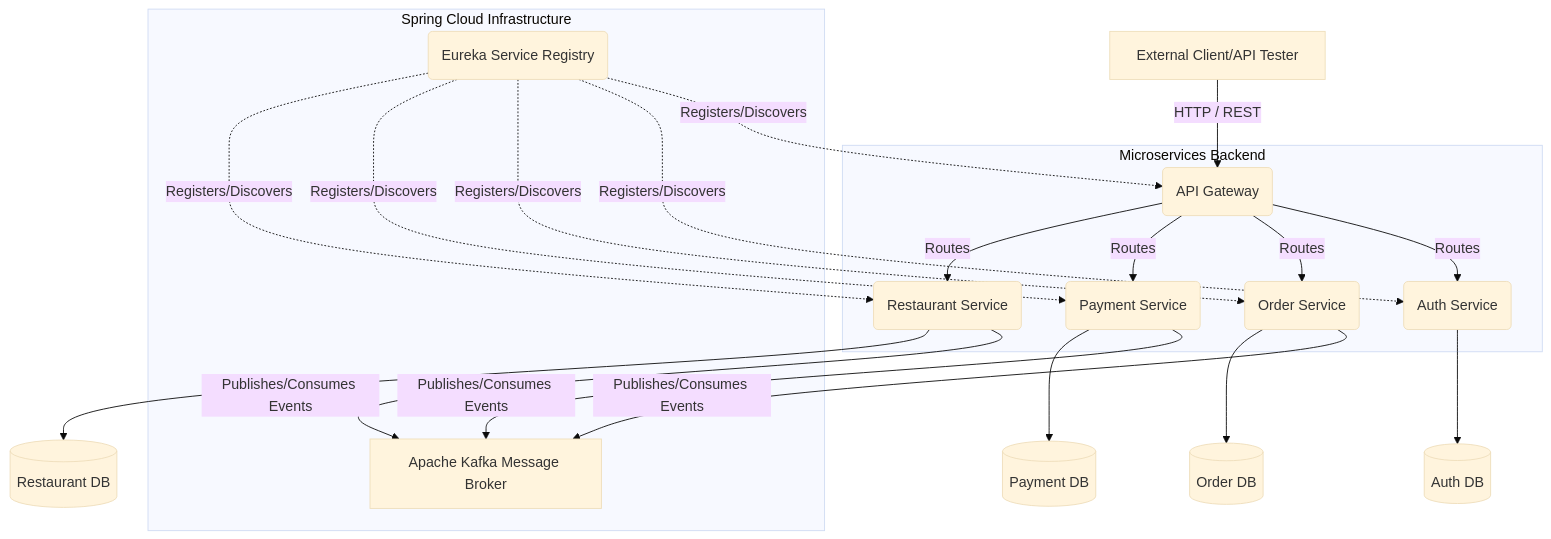
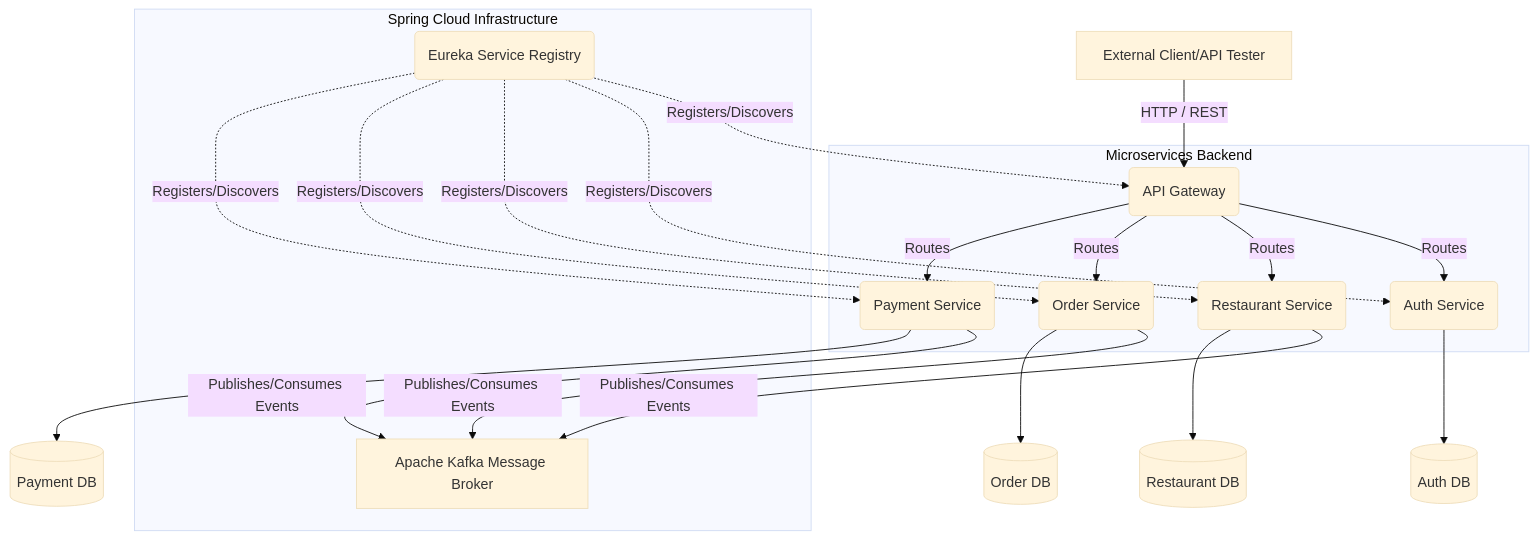
Before and after one commit to sridhar1506/distributed--eventDriven-microsrvice-for-foodDeliveryApp-backend: the first of 2 diagrams in architecture.md, drawn with Mermaid (base theme). The commit also changed other lines of this file, not shown here.

````diff
--- a/architecture.md
+++ b/architecture.md
@@ -9,31 +9,33 @@
 ```mermaid
 graph TD
     Client[External Client/API Tester] -->|HTTP / REST| API_Gateway(API Gateway)
     
     subgraph Spring Cloud Infrastructure
         Service_Registry(Eureka Service Registry)
         Kafka[Apache Kafka Message Broker]
     end
     
     subgraph Microservices Backend
         API_Gateway -->|Routes| Auth_Service(Auth Service)
+        API_Gateway -->|Routes| Restaurant_Service(Restaurant Service)
         API_Gateway -->|Routes| Order_Service(Order Service)
         API_Gateway -->|Routes| Payment_Service(Payment Service)
-        API_Gateway -->|Routes| Restaurant_Service(Restaurant Service)
     end
     
     Service_Registry -.->|Registers/Discovers| API_Gateway
     Service_Registry -.->|Registers/Discovers| Auth_Service
+    Service_Registry -.->|Registers/Discovers| Restaurant_Service
     Service_Registry -.->|Registers/Discovers| Order_Service
     Service_Registry -.->|Registers/Discovers| Payment_Service
-    Service_Registry -.->|Registers/Discovers| Restaurant_Service
+    
 
     Order_Service -->|Publishes/Consumes Events| Kafka
     Payment_Service -->|Publishes/Consumes Events| Kafka
     Restaurant_Service -->|Publishes/Consumes Events| Kafka
     
     Auth_Service --> DB1[(Auth DB)]
+    Restaurant_Service --> DB4[(Restaurant DB)]
     Order_Service --> DB2[(Order DB)]
     Payment_Service --> DB3[(Payment DB)]
-    Restaurant_Service --> DB4[(Restaurant DB)]
+    
 ```
````
